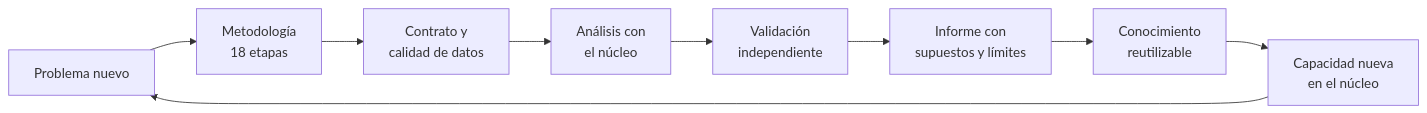
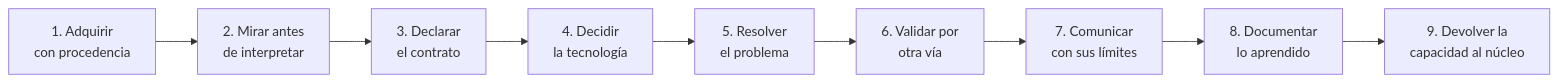
Before and after one commit to vladimiracunadev-create/applied-data-analysis-and-assessment-lab: the diagram in README.md, drawn with Mermaid. The commit also changed other lines of this file and 7 other files, not shown here.

````diff
--- a/README.md
+++ b/README.md
@@ -39,11 +94,11 @@
 ```mermaid
 flowchart LR
-    A[Problema nuevo] --> B[Metodología<br/>18 etapas]
-    B --> C[Contrato y<br/>calidad de datos]
-    C --> D[Análisis con<br/>el núcleo]
-    D --> E[Validación<br/>independiente]
-    E --> F[Informe con<br/>supuestos y límites]
-    F --> G[Conocimiento<br/>reutilizable]
-    G --> H[Capacidad nueva<br/>en el núcleo]
-    H --> A
+    A["1. Adquirir<br/>con procedencia"] --> B["2. Mirar antes<br/>de interpretar"]
+    B --> C["3. Declarar<br/>el contrato"]
+    C --> D["4. Decidir<br/>la tecnología"]
+    D --> E["5. Resolver<br/>el problema"]
+    E --> F["6. Validar por<br/>otra vía"]
+    F --> G["7. Comunicar<br/>con sus límites"]
+    G --> H["8. Documentar<br/>lo aprendido"]
+    H --> I["9. Devolver la<br/>capacidad al núcleo"]
 ```
````
